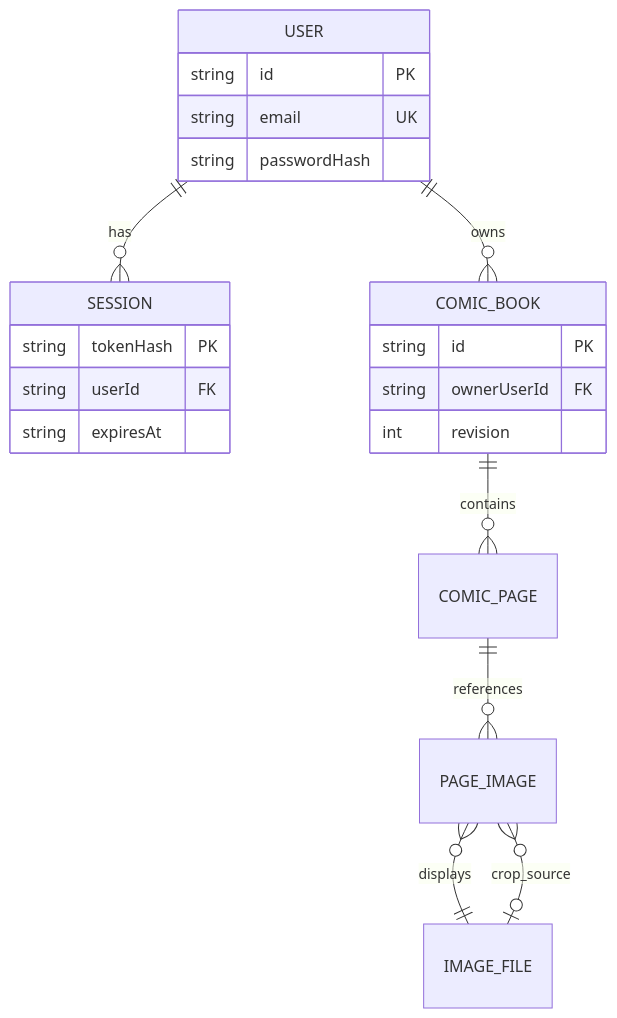
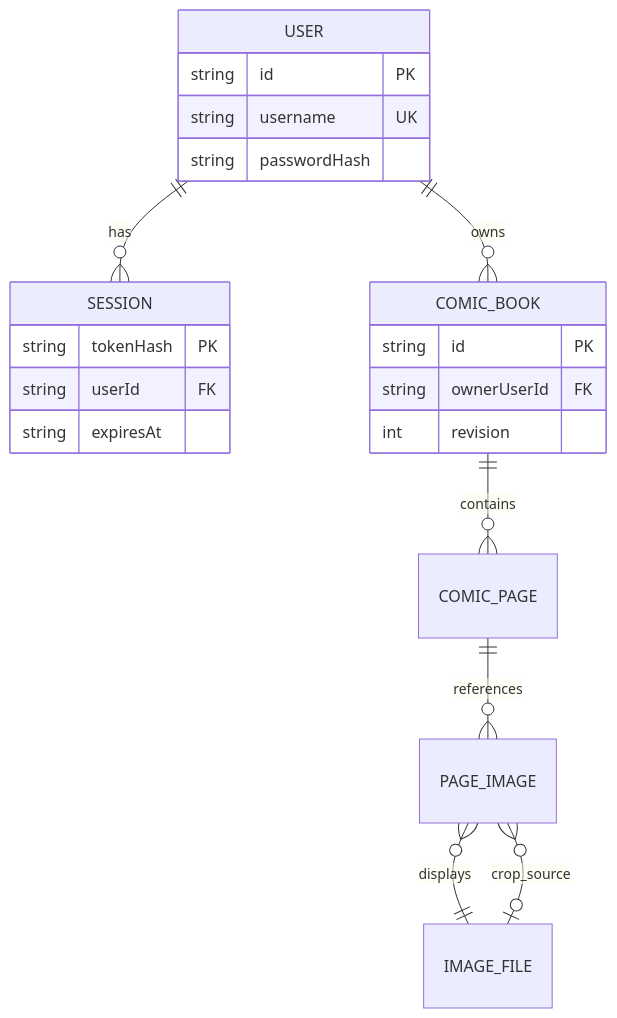
Before and after one commit to byronwall/comic-book-creator: the first of 4 diagrams in docs/intent/multi-user-accounts/implementation-plan.md, drawn with Mermaid. The commit also changed other lines of this file and 16 other files, not shown here.

````diff
--- a/docs/intent/multi-user-accounts/implementation-plan.md
+++ b/docs/intent/multi-user-accounts/implementation-plan.md
@@ -125,24 +134,24 @@
 ```mermaid
 erDiagram
   USER ||--o{ SESSION : has
   USER ||--o{ COMIC_BOOK : owns
   COMIC_BOOK ||--o{ COMIC_PAGE : contains
   COMIC_PAGE ||--o{ PAGE_IMAGE : references
   PAGE_IMAGE }o--|| IMAGE_FILE : displays
   PAGE_IMAGE }o--o| IMAGE_FILE : crop_source
   USER {
     string id PK
-    string email UK
+    string username UK
     string passwordHash
   }
   SESSION {
     string tokenHash PK
     string userId FK
     string expiresAt
   }
   COMIC_BOOK {
     string id PK
     string ownerUserId FK
     int revision
   }
 ```
````
